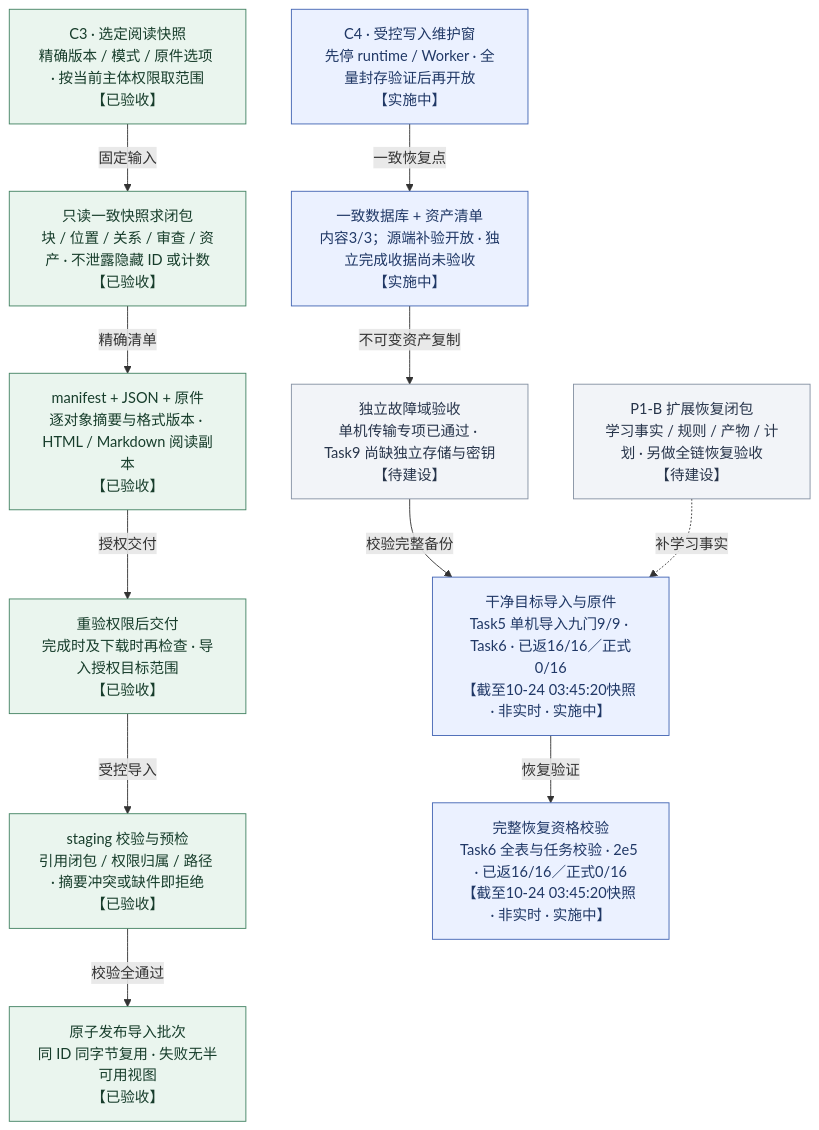
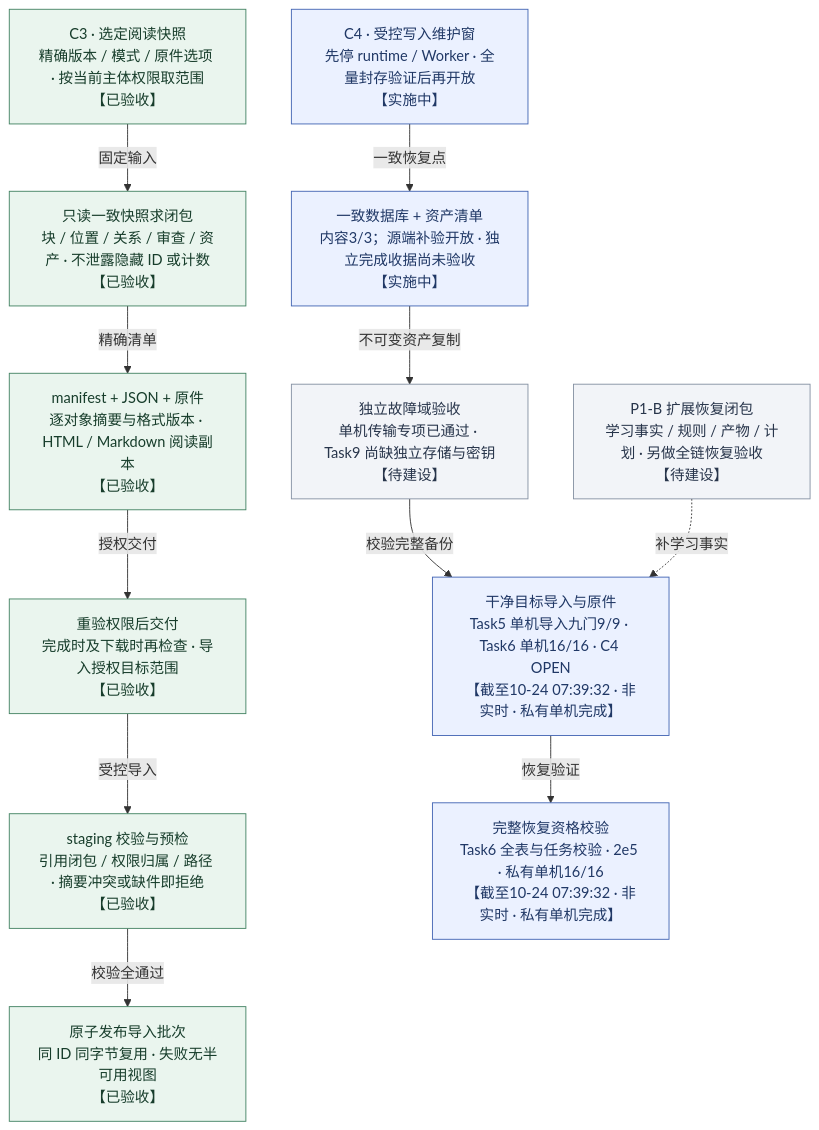
The diagram in docs/diagrams/knowweave-portability.mmd (MansurnamedZhang/learning-system-p0c4), drawn with Mermaid before and after one commit. The commit also changed 8 other files, not shown here.

```diff
--- a/docs/diagrams/knowweave-portability.mmd
+++ b/docs/diagrams/knowweave-portability.mmd
@@ -1,30 +1,30 @@
 flowchart TB
     view["C3 · 选定阅读快照<br/>精确版本 / 模式 / 原件选项 · 按当前主体权限取范围<br/>【已验收】"]
     closure["只读一致快照求闭包<br/>块 / 位置 / 关系 / 审查 / 资产 · 不泄露隐藏 ID 或计数<br/>【已验收】"]
     bundle["manifest + JSON + 原件<br/>逐对象摘要与格式版本 · HTML / Markdown 阅读副本<br/>【已验收】"]
     visible["原子发布导入批次<br/>同 ID 同字节复用 · 失败无半可用视图<br/>【已验收】"]
     preflight["staging 校验与预检<br/>引用闭包 / 权限归属 / 路径 · 摘要冲突或缺件即拒绝<br/>【已验收】"]
     delivery["重验权限后交付<br/>完成时及下载时再检查 · 导入授权目标范围<br/>【已验收】"]
     pause["C4 · 受控写入维护窗<br/>先停 runtime / Worker · 全量封存验证后再开放<br/>【实施中】"]
     backup["一致数据库 + 资产清单<br/>内容3/3；源端补验开放 · 独立完成收据尚未验收<br/>【实施中】"]
     copy["独立故障域验收<br/>单机传输专项已通过 · Task9 尚缺独立存储与密钥<br/>【待建设】"]
-    check["完整恢复资格校验<br/>Task6 全表与任务校验 · 2e5 · 已返16/16／正式0/16<br/>【截至10-24 03:45:20快照 · 非实时 · 实施中】"]
-    restore["干净目标导入与原件<br/>Task5 单机导入九门9/9 · Task6 · 已返16/16／正式0/16<br/>【截至10-24 03:45:20快照 · 非实时 · 实施中】"]
+    check["完整恢复资格校验<br/>Task6 全表与任务校验 · 2e5 · 私有单机16/16<br/>【截至10-24 07:39:32 · 非实时 · 私有单机完成】"]
+    restore["干净目标导入与原件<br/>Task5 单机导入九门9/9 · Task6 单机16/16 · C4 OPEN<br/>【截至10-24 07:39:32 · 非实时 · 私有单机完成】"]
     future["P1-B 扩展恢复闭包<br/>学习事实 / 规则 / 产物 / 计划 · 另做全链恢复验收<br/>【待建设】"]
     view -- "固定输入" --> closure
     closure -- "精确清单" --> bundle
     bundle -- "授权交付" --> delivery
     delivery -- "受控导入" --> preflight
     preflight -- "校验全通过" --> visible
     pause -- "一致恢复点" --> backup
     backup -- "不可变资产复制" --> copy
     copy -- "校验完整备份" --> restore
     restore -- "恢复验证" --> check
     future -. "补学习事实" .-> restore
     class view,closure,bundle,visible,preflight,delivery done
     class pause,backup,check,restore next
     class copy,future planned
     classDef done fill:#eaf5ee,stroke:#438363,color:#173d2b
     classDef next fill:#ebf1ff,stroke:#4365b4,color:#203866
     classDef planned fill:#f2f4f8,stroke:#8591a3,color:#28354b
     classDef optional fill:#f3ecfb,stroke:#9271b0,color:#4a3362
```
